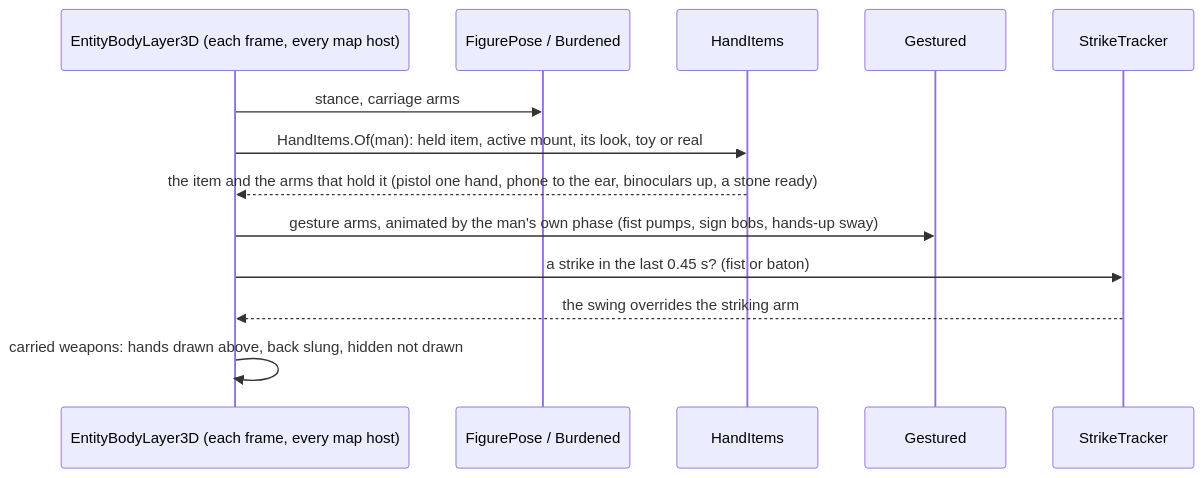
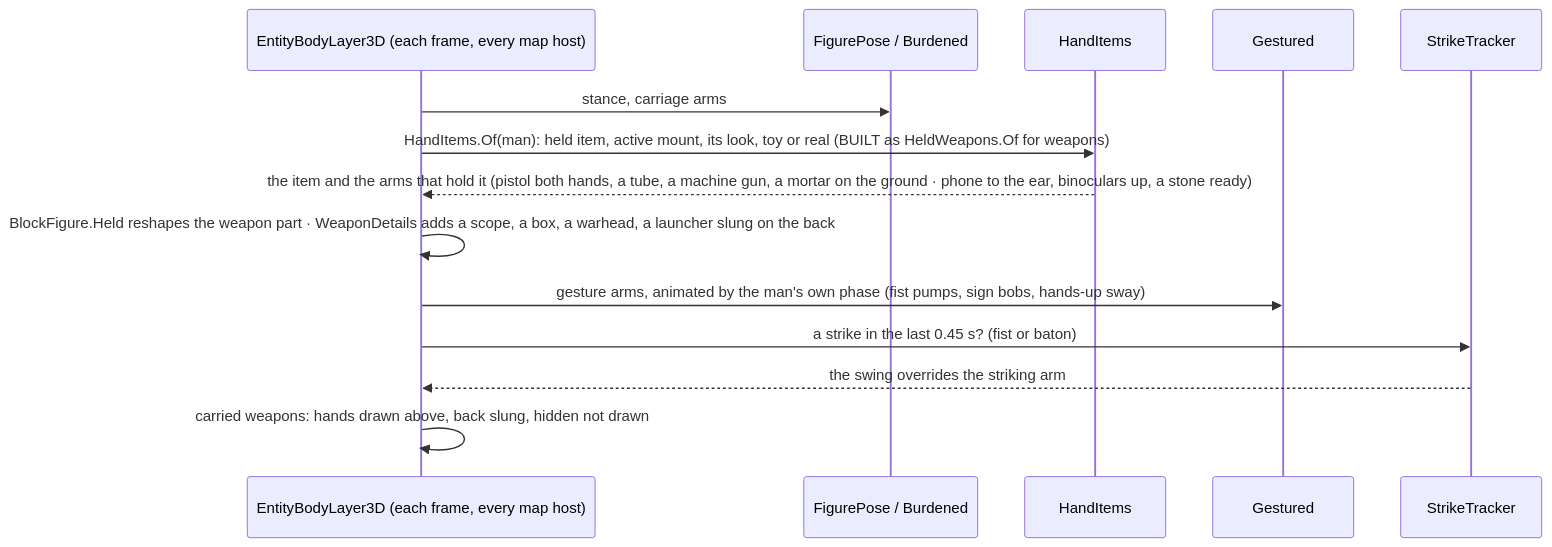
The second of 6 diagrams in docs/DESIGN_People_Display.md (pjanec/HROT), drawn with Mermaid before and after one commit. The commit also changed other lines of this file and 9 other files, not shown here.

First line of the commit message:
feat(ui): CE-1236 every soldier's weapon drawn as what it is; the MortarTeam's mortar (People Display U7a, R-1022) — checkpoint

````diff
--- a/docs/DESIGN_People_Display.md
+++ b/docs/DESIGN_People_Display.md
@@ -110,15 +110,16 @@
 ```mermaid
 sequenceDiagram
   participant L as EntityBodyLayer3D (each frame, every map host)
   participant P as FigurePose / Burdened
   participant H as HandItems
   participant G as Gestured
   participant S as StrikeTracker
   L->>P: stance, carriage arms
-  L->>H: HandItems.Of(man): held item, active mount, its look, toy or real
-  H-->>L: the item and the arms that hold it (pistol one hand, phone to the ear, binoculars up, a stone ready)
+  L->>H: HandItems.Of(man): held item, active mount, its look, toy or real (BUILT as HeldWeapons.Of for weapons)
+  H-->>L: the item and the arms that hold it (pistol both hands, a tube, a machine gun, a mortar on the ground · phone to the ear, binoculars up, a stone ready)
+  L->>L: BlockFigure.Held reshapes the weapon part · WeaponDetails adds a scope, a box, a warhead, a launcher slung on the back
   L->>G: gesture arms, animated by the man's own phase (fist pumps, sign bobs, hands-up sway)
   L->>S: a strike in the last 0.45 s? (fist or baton)
   S-->>L: the swing overrides the striking arm
   L->>L: carried weapons: hands drawn above, back slung, hidden not drawn
 ```
````
